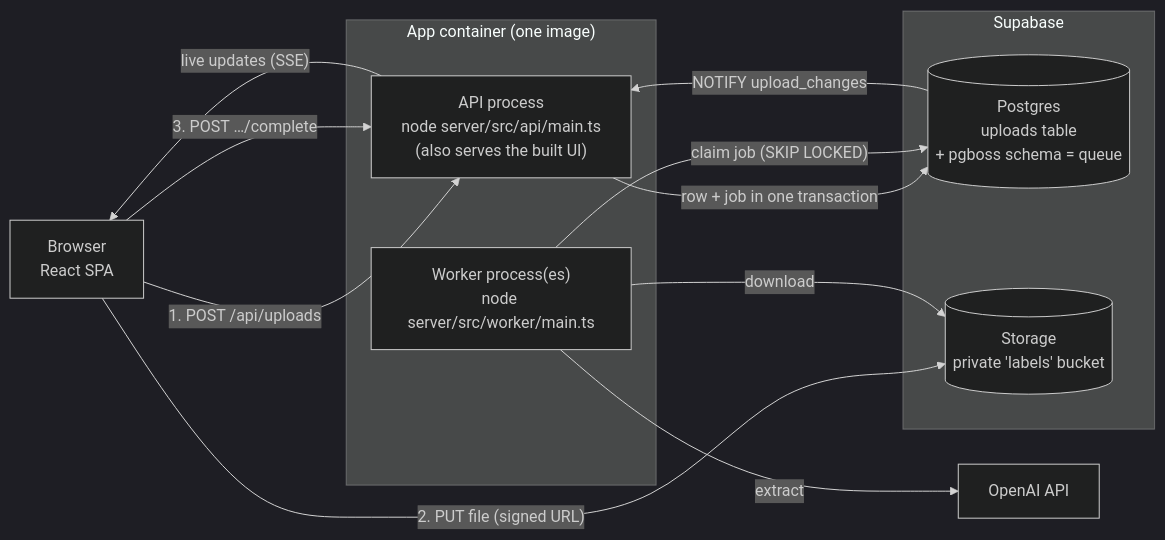
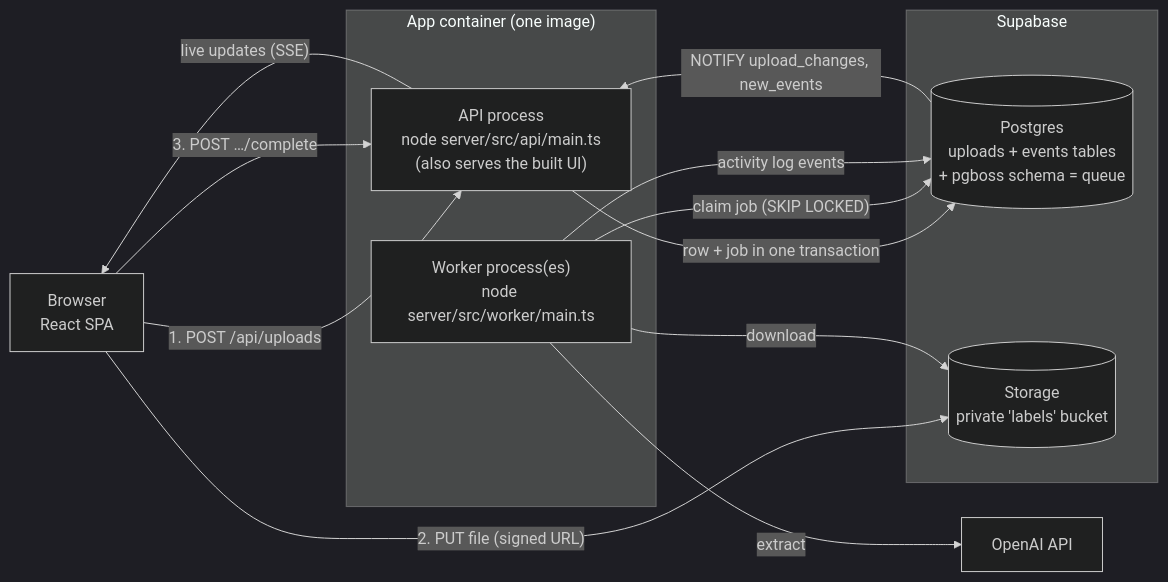
The diagram in README.md (p-2411/SSTrial), drawn with Mermaid (dark theme) before and after one commit. The commit also changed other lines of this file and 1 other file, not shown here.

First line of the commit message:
Document the activity log

````diff
--- a/README.md
+++ b/README.md
@@ -13,23 +13,24 @@
 ```mermaid
 flowchart LR
   B[Browser<br/>React SPA]
   subgraph App["App container (one image)"]
     API["API process<br/>node server/src/api/main.ts<br/>(also serves the built UI)"]
     W["Worker process(es)<br/>node server/src/worker/main.ts"]
   end
   subgraph Supabase
-    PG[("Postgres<br/>uploads table<br/>+ pgboss schema = queue")]
+    PG[("Postgres<br/>uploads + events tables<br/>+ pgboss schema = queue")]
     ST[("Storage<br/>private 'labels' bucket")]
   end
   LLM[OpenAI API]
 
   B -- "1. POST /api/uploads" --> API
   B -- "2. PUT file (signed URL)" --> ST
   B -- "3. POST …/complete" --> API
   API -- "live updates (SSE)" --> B
   API -- "row + job in one transaction" --> PG
-  PG -- "NOTIFY upload_changes" --> API
+  PG -- "NOTIFY upload_changes, new_events" --> API
   W -- "claim job (SKIP LOCKED)" --> PG
   W -- download --> ST
   W -- extract --> LLM
+  W -- "activity log events" --> PG
 ```
````
